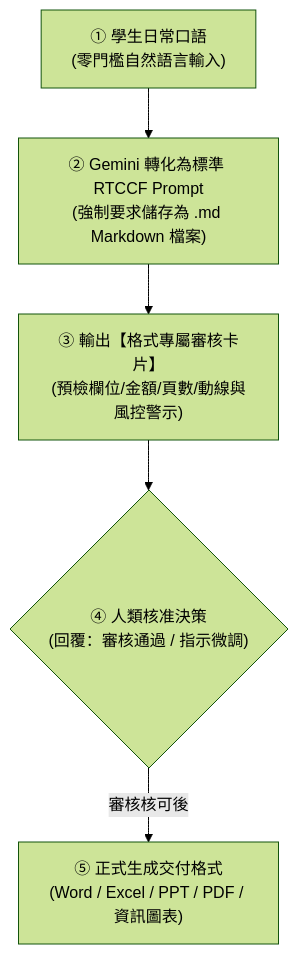
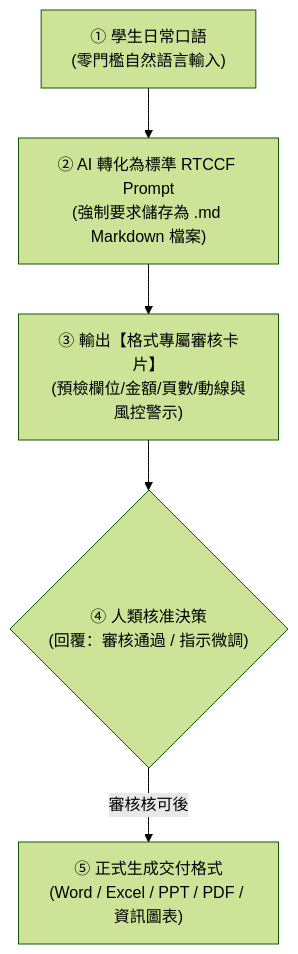
The first of 2 diagrams in 常見的AI應用/辦公室全能應用/README.md (roberthsu2003/workflow-productivity), drawn with Mermaid (forest theme) before and after one commit. The commit also changed other lines of this file and 9 other files, not shown here.

````diff
--- a/常見的AI應用/辦公室全能應用/README.md
+++ b/常見的AI應用/辦公室全能應用/README.md
@@ -30,7 +34,7 @@
 ```mermaid
 flowchart TD
-    A["① 學生日常口語\n(零門檻自然語言輸入)"] --> B["② Gemini 轉化為標準 RTCCF Prompt\n(強制要求儲存為 .md Markdown 檔案)"]
+    A["① 學生日常口語\n(零門檻自然語言輸入)"] --> B["② AI 轉化為標準 RTCCF Prompt\n(強制要求儲存為 .md Markdown 檔案)"]
     B --> C["③ 輸出【格式專屬審核卡片】\n(預檢欄位/金額/頁數/動線與風控警示)"]
     C --> D{"④ 人類核准決策\n(回覆：審核通過 / 指示微調)"}
     D -->|審核核可後| E["⑤ 正式生成交付格式\n(Word / Excel / PPT / PDF / 資訊圖表)"]
 ```
````
